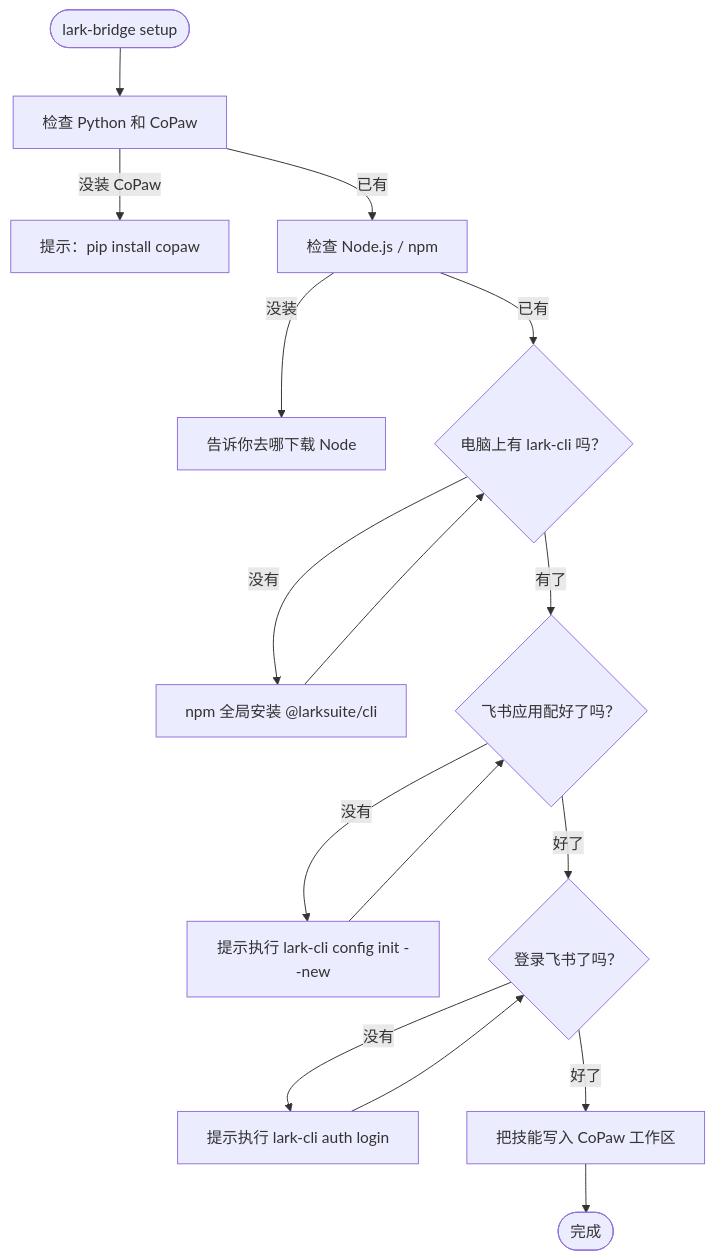
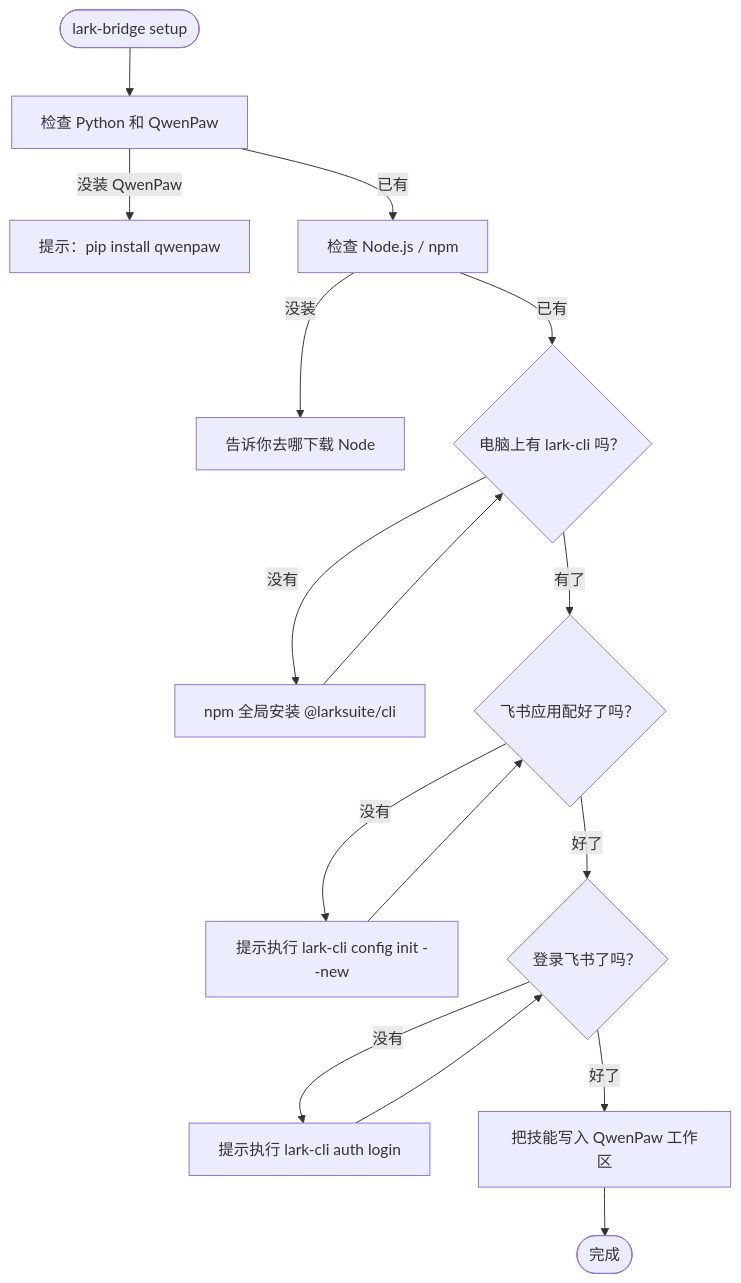
The first of 2 diagrams in README.md (guodaxia103/lark-agent-bridge), drawn with Mermaid before and after one commit. The commit also changed other lines of this file and 11 other files, not shown here.

Commit message:
feat: prioritize qwenpaw while keeping copaw compatibility

````diff
--- a/README.md
+++ b/README.md
@@ -194,18 +194,18 @@
 ```mermaid
 flowchart TD
-    S(["lark-bridge setup"]) --> P["检查 Python 和 CoPaw"]
-    P -->|没装 CoPaw| TIP1["提示：pip install copaw"]
+    S(["lark-bridge setup"]) --> P["检查 Python 和 QwenPaw"]
+    P -->|没装 QwenPaw| TIP1["提示：pip install qwenpaw"]
     P -->|已有| N["检查 Node.js / npm"]
     N -->|没装| TIP2["告诉你去哪下载 Node"]
     N -->|已有| L{"电脑上有 lark-cli 吗？"}
     L -->|没有| INST["npm 全局安装 @larksuite/cli"]
     INST --> L
     L -->|有了| C{"飞书应用配好了吗？"}
     C -->|没有| CONF["提示执行 lark-cli config init --new"]
     CONF --> C
     C -->|好了| A{"登录飞书了吗？"}
     A -->|没有| LOGIN["提示执行 lark-cli auth login"]
     LOGIN --> A
-    A -->|好了| SK["把技能写入 CoPaw 工作区"]
+    A -->|好了| SK["把技能写入 QwenPaw 工作区"]
     SK --> DONE(["完成"])
 ```
````
